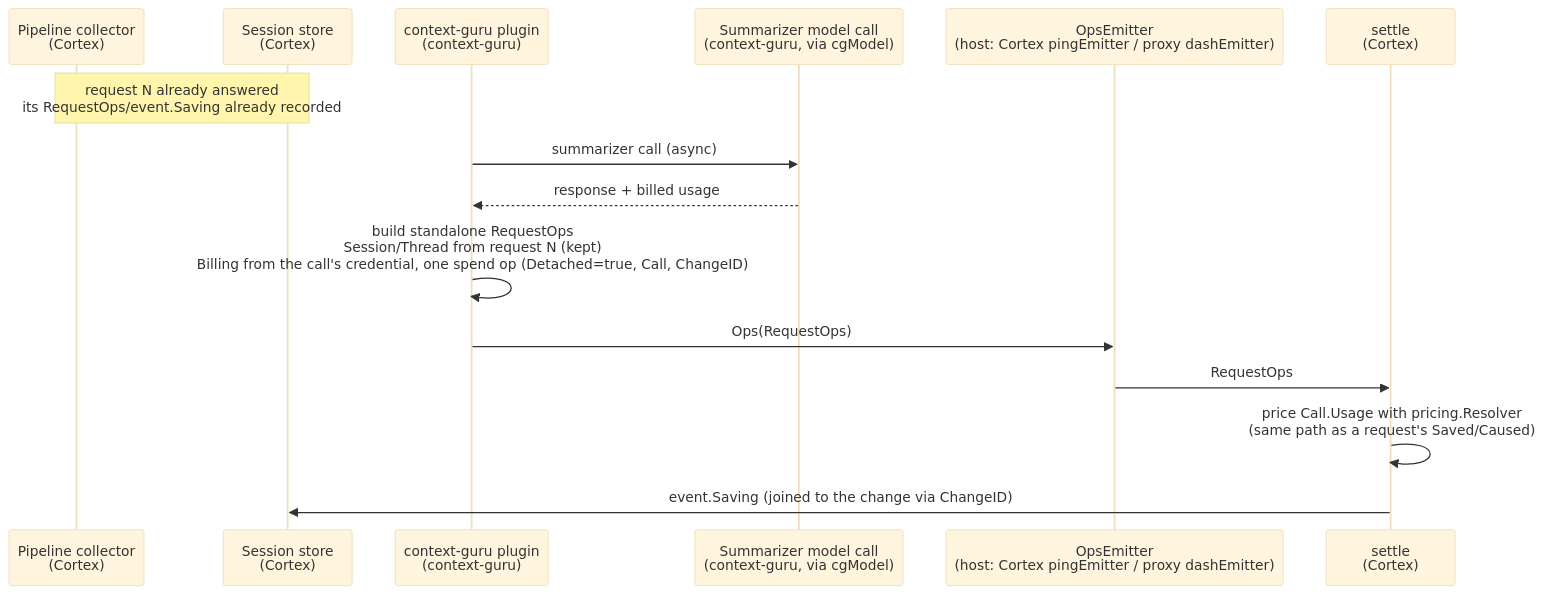
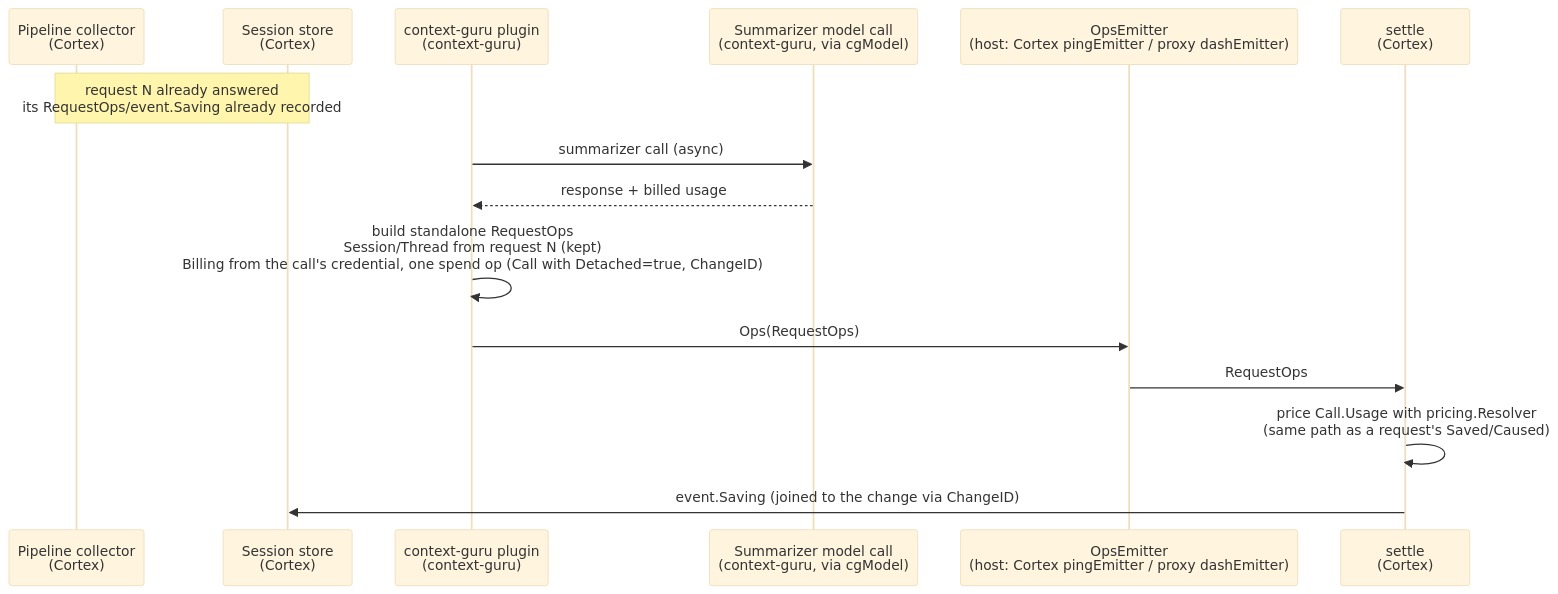
The second of 3 diagrams in docs/superpowers/specs/2026-10-18-context-operations-cortex-wiring.md (rossoctl/context-guru), drawn with Mermaid (base theme) before and after one commit. The commit also changed other lines of this file and 2 other files, not shown here.

````diff
--- a/docs/superpowers/specs/2026-10-18-context-operations-cortex-wiring.md
+++ b/docs/superpowers/specs/2026-10-18-context-operations-cortex-wiring.md
@@ -158,18 +157,18 @@
 ```mermaid
 sequenceDiagram
     participant Pipeline as Pipeline collector<br/>(Cortex)
     participant Store as Session store<br/>(Cortex)
     participant Plugin as context-guru plugin<br/>(context-guru)
     participant Model as Summarizer model call<br/>(context-guru, via cgModel)
     participant Emitter as OpsEmitter<br/>(host: Cortex pingEmitter / proxy dashEmitter)
     participant Settle as settle<br/>(Cortex)
 
     Note over Pipeline,Store: request N already answered<br/>its RequestOps/event.Saving already recorded
     Plugin->>Model: summarizer call (async)
     Model-->>Plugin: response + billed usage
-    Plugin->>Plugin: build standalone RequestOps<br/>Session/Thread from request N (kept)<br/>Billing from the call's credential, one spend op (Detached=true, Call, ChangeID)
+    Plugin->>Plugin: build standalone RequestOps<br/>Session/Thread from request N (kept)<br/>Billing from the call's credential, one spend op (Call with Detached=true, ChangeID)
     Plugin->>Emitter: Ops(RequestOps)
     Emitter->>Settle: RequestOps
     Settle->>Settle: price Call.Usage with pricing.Resolver<br/>(same path as a request's Saved/Caused)
     Settle->>Store: event.Saving (joined to the change via ChangeID)
 ```
````
